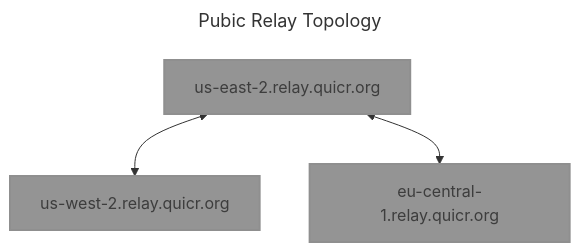
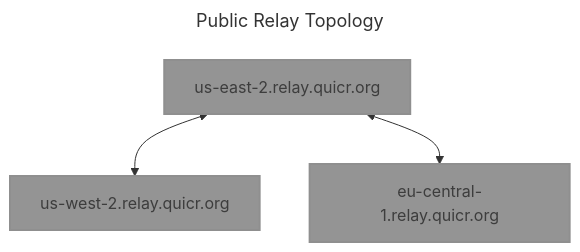
The diagram in README.md (Quicr/laps), drawn with Mermaid before and after one commit. The commit also changed other lines of this file, not shown here.

````diff
--- a/README.md
+++ b/README.md
@@ -48,11 +64,11 @@
 ```mermaid
 ---
-title: Pubic Relay Topology
+title: Public Relay Topology
 ---
 flowchart TD
    EAST["us-east-2.relay.quicr.org"] <--> WEST["us-west-2.relay.quicr.org"] 
    EAST <--> EUC["eu-central-1.relay.quicr.org"]
 
    classDef nodeClass fill:#949494,color:#3d3d3d,stroke:#8f8f8f,stroke-width:2px
    class WEST,EAST,EUC nodeClass
 ```
````
